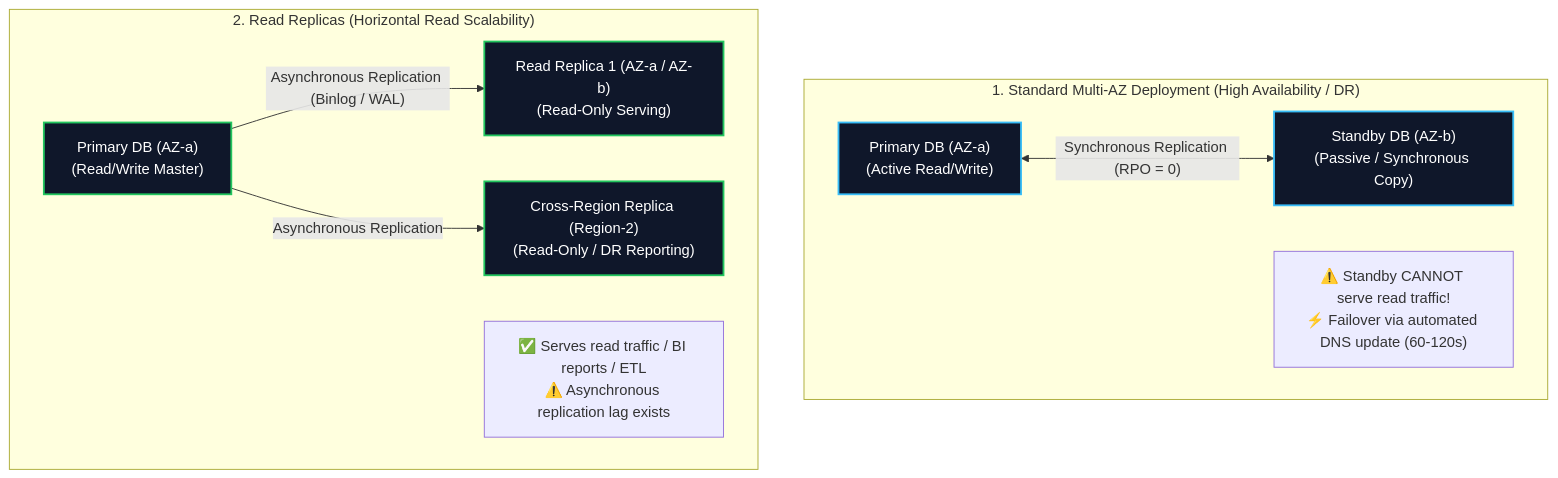
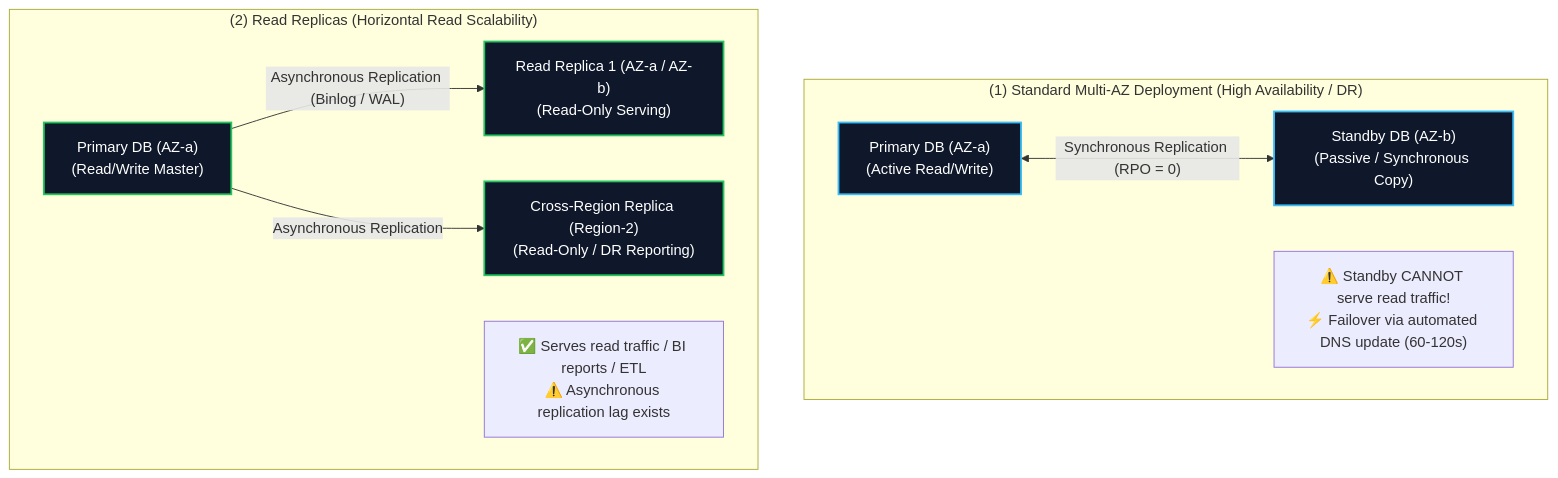
One commit to Wathon/aws-dea-c01-note changed the second of 6 diagrams in content/02-services/database/rds-and-aurora.md. Above: the diagram before and after it, drawn with Mermaid. The commit also changed other lines of this file and 19 other files, not shown here.

Commit message:
fix(mermaid): resolve 'Unsupported markdown: list' rendering issues across all diagram node and edge labels

````diff
--- a/content/02-services/database/rds-and-aurora.md
+++ b/content/02-services/database/rds-and-aurora.md
@@ -117,24 +117,24 @@
 ```mermaid
 graph TD
-    subgraph MultiAZ["1. Standard Multi-AZ Deployment (High Availability / DR)"]
+    subgraph MultiAZ["(1) Standard Multi-AZ Deployment (High Availability / DR)"]
         PrimaryDB["Primary DB (AZ-a)<br/>(Active Read/Write)"]
         StandbyDB["Standby DB (AZ-b)<br/>(Passive / Synchronous Copy)"]
         PrimaryDB <-->|"Synchronous Replication (RPO = 0)"| StandbyDB
         Note1["⚠️ Standby CANNOT serve read traffic!<br/>⚡ Failover via automated DNS update (60-120s)"]
     end
 
-    subgraph ReadReps["2. Read Replicas (Horizontal Read Scalability)"]
+    subgraph ReadReps["(2) Read Replicas (Horizontal Read Scalability)"]
         MasterDB["Primary DB (AZ-a)<br/>(Read/Write Master)"]
         Replica1["Read Replica 1 (AZ-a / AZ-b)<br/>(Read-Only Serving)"]
         Replica2["Cross-Region Replica (Region-2)<br/>(Read-Only / DR Reporting)"]
         MasterDB -->|"Asynchronous Replication (Binlog / WAL)"| Replica1
         MasterDB -->|"Asynchronous Replication"| Replica2
         Note2["✅ Serves read traffic / BI reports / ETL<br/>⚠️ Asynchronous replication lag exists"]
     end
 
     classDef ha fill:#0f172a,stroke:#38bdf8,stroke-width:2px,color:#fff;
     classDef scale fill:#0f172a,stroke:#22c55e,stroke-width:2px,color:#fff;
 
     class PrimaryDB,StandbyDB ha;
     class MasterDB,Replica1,Replica2 scale;
 ```
````
